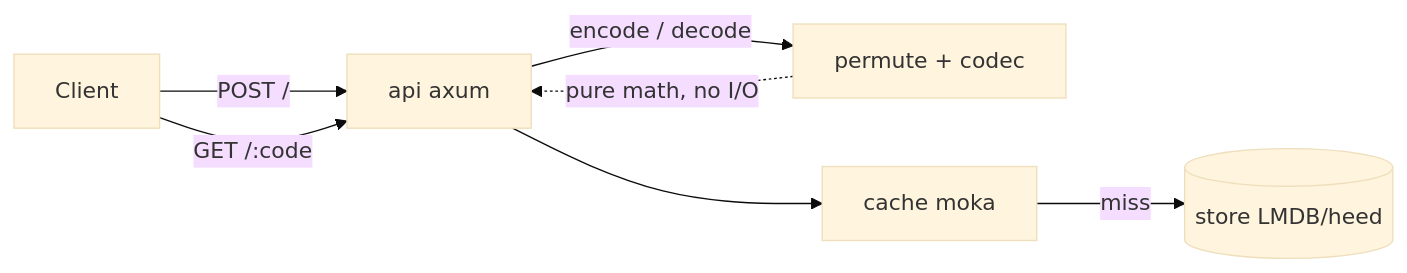
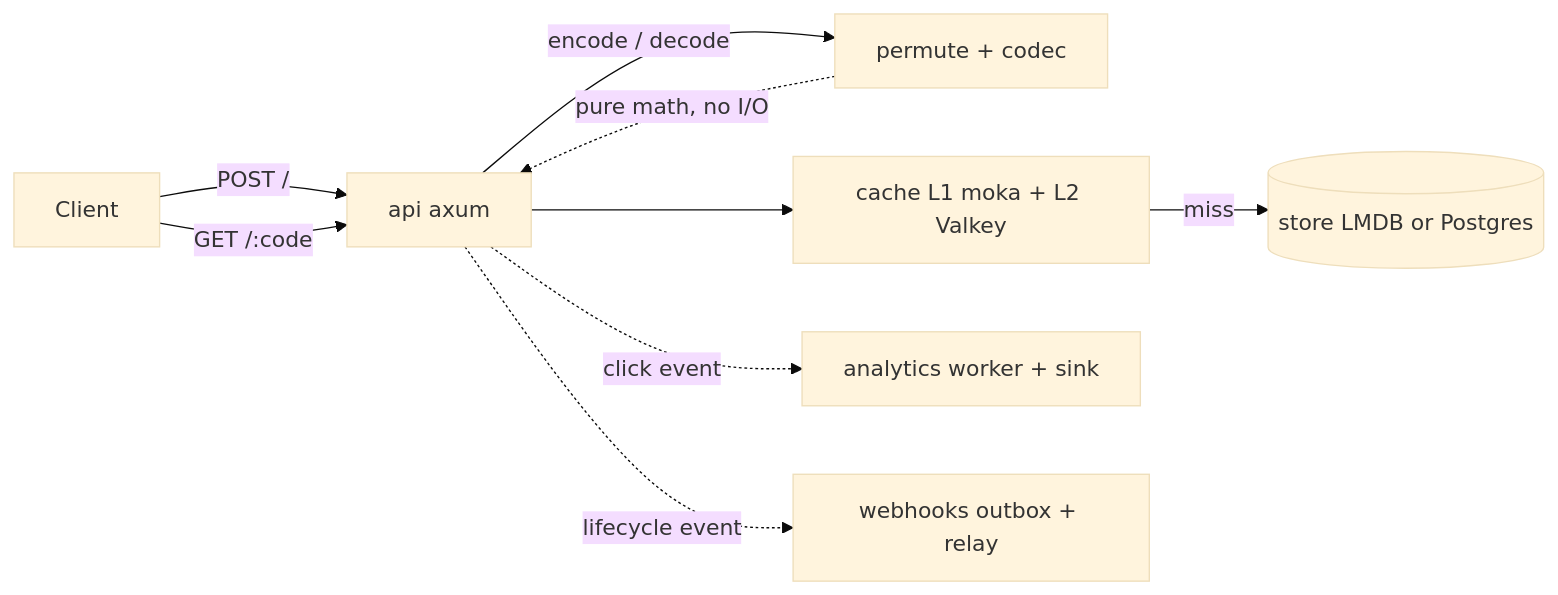
One commit to lucasolopes/quark changed the first of 5 diagrams in docs/ARCHITECTURE.md. Above: the diagram before and after it, drawn with Mermaid (base theme). The commit also changed other lines of this file and 1 other file, not shown here.

First line of the commit message:
docs(architecture): rewrite to final module map, Record, backends, scale layer

````diff
--- a/docs/ARCHITECTURE.md
+++ b/docs/ARCHITECTURE.md
@@ -11,9 +11,11 @@
 ```mermaid
 flowchart LR
     C[Client] -->|POST /| API[api axum]
     C -->|GET /:code| API
     API -->|encode / decode| P[permute + codec]
-    API --> CA[cache moka]
-    CA -->|miss| ST[(store LMDB/heed)]
+    API --> CA[cache L1 moka + L2 Valkey]
+    CA -->|miss| ST[(store LMDB or Postgres)]
+    API -.click event.-> AN[analytics worker + sink]
+    API -.lifecycle event.-> WH[webhooks outbox + relay]
     P -.pure math, no I/O.-> API
 ```
````
